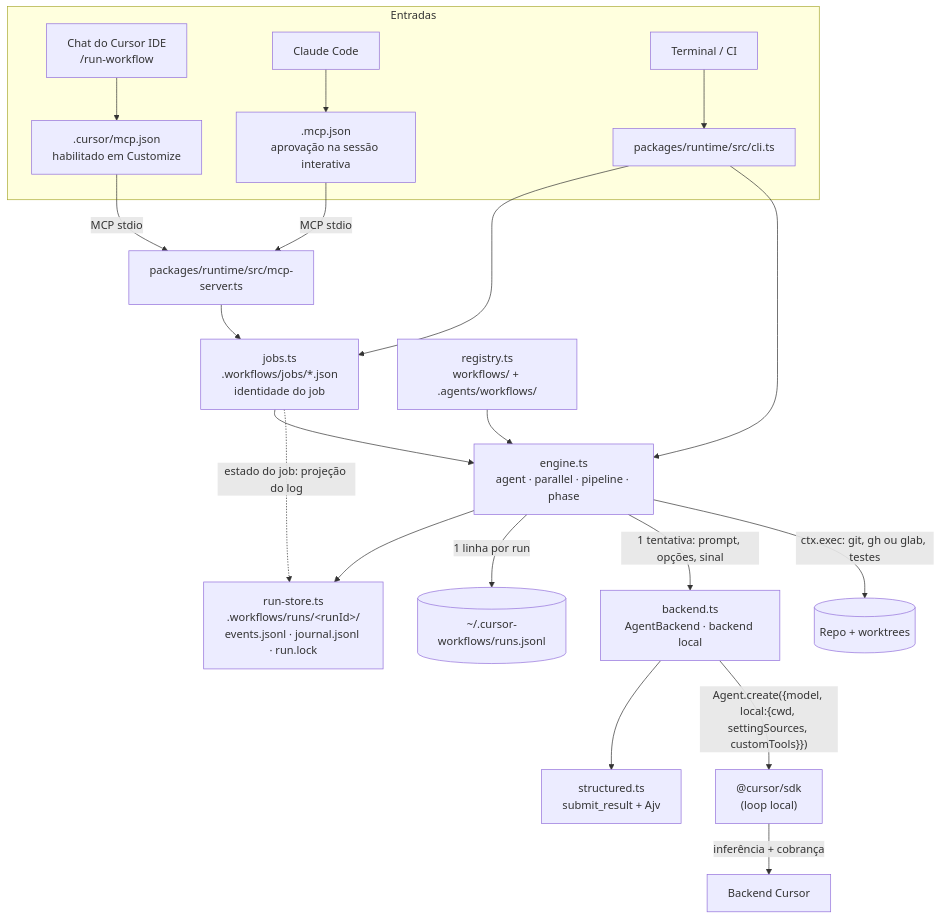
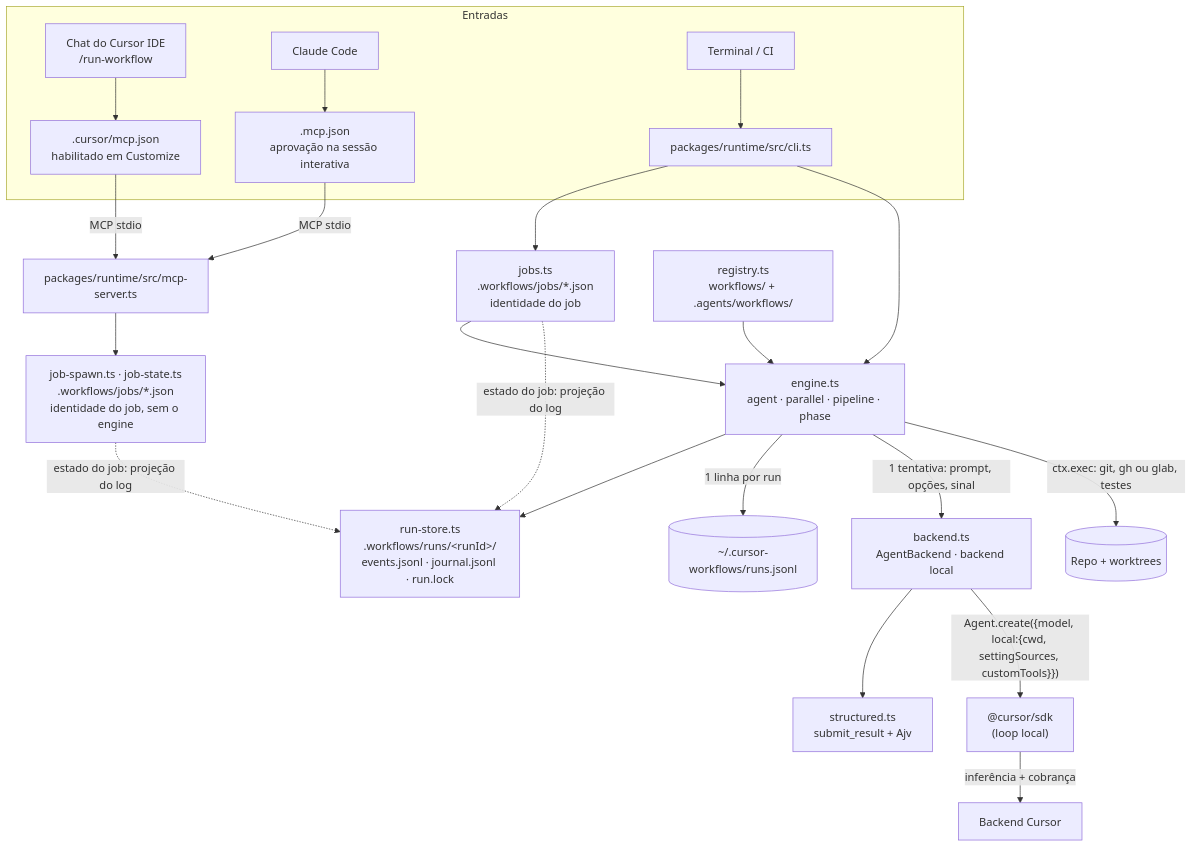
The first of 2 diagrams in docs/internals/01-arquitetura.md (rodrigorjsf/cursor-workflows-starter), drawn with Mermaid before and after one commit. The commit also changed 6 other files, not shown here.

````diff
--- a/docs/internals/01-arquitetura.md
+++ b/docs/internals/01-arquitetura.md
@@ -5,23 +5,24 @@
 ```mermaid
 flowchart TB
   subgraph Entradas
     CHAT["Chat do Cursor IDE<br/>/run-workflow"] --> CREG[".cursor/mcp.json<br/>habilitado em Customize"]
     CCODE["Claude Code"] --> CCREG[".mcp.json<br/>aprovação na sessão interativa"]
     TERM["Terminal / CI"] --> CLI[packages/runtime/src/cli.ts]
   end
   CREG -->|MCP stdio| MCP[packages/runtime/src/mcp-server.ts]
   CCREG -->|MCP stdio| MCP
-  MCP --> JOBS[jobs.ts<br/>.workflows/jobs/*.json<br/>identidade do job]
-  CLI --> JOBS
+  MCP --> SPAWN[job-spawn.ts · job-state.ts<br/>.workflows/jobs/*.json<br/>identidade do job, sem o engine]
+  CLI --> JOBS[jobs.ts<br/>.workflows/jobs/*.json<br/>identidade do job]
   CLI --> ENG
   JOBS --> ENG[engine.ts<br/>agent · parallel · pipeline · phase]
   REG[registry.ts<br/>workflows/ + .agents/workflows/] --> ENG
   ENG --> JR[run-store.ts<br/>.workflows/runs/&lt;runId&gt;/<br/>events.jsonl · journal.jsonl · run.lock]
   JOBS -.->|"estado do job: projeção do log"| JR
+  SPAWN -.->|"estado do job: projeção do log"| JR
   ENG -->|1 linha por run| IDX[("~/.cursor-workflows/runs.jsonl")]
   ENG -->|"1 tentativa: prompt, opções, sinal"| BE[backend.ts<br/>AgentBackend · backend local]
   BE --> ST[structured.ts<br/>submit_result + Ajv]
   BE -->|"Agent.create({model, local:{cwd, settingSources, customTools}})"| SDK["@cursor/sdk<br/>(loop local)"]
   SDK -->|inferência + cobrança| CUR[Backend Cursor]
   ENG -->|"ctx.exec: git, gh ou glab, testes"| REPO[(Repo + worktrees)]
 ```
````
